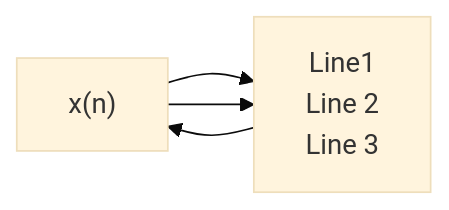
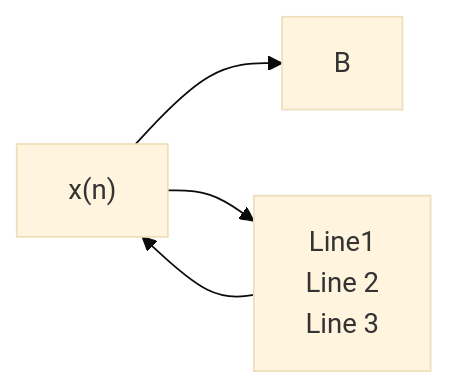
One commit to valiha-com/dasp_tutorial changed the diagram in README.md. Above: the diagram before and after it, drawn with Mermaid (base theme).

````diff
--- a/README.md
+++ b/README.md
@@ -62,12 +62,12 @@
 ```mermaid
 %%{init: {"flowchart": {"htmlLabels": false}} }%%
 flowchart LR
-    markdown["  x(n)  "] -->
+    markdown["  x(n)  "] --> B
     newLines["`Line1
     Line 2
     Line 3`"] -->
     markdown["`  x(n)  `"] --> 
     newLines["`Line1
     Line 2
     Line 3`"]
 ```
````
